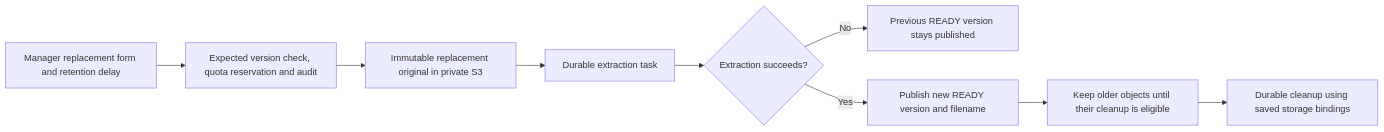
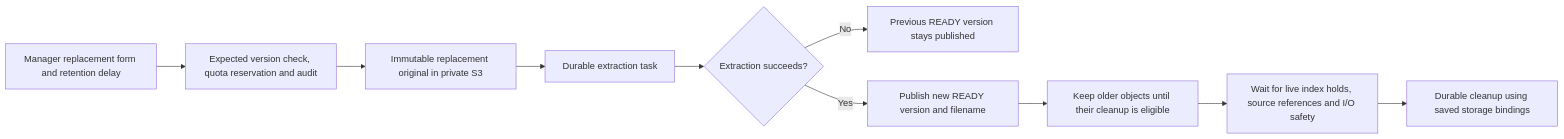
The first of 2 diagrams in docs/rag-document-lifecycle.md (SimonLoir/vectorix), drawn with Mermaid before and after one commit. The commit also changed other lines of this file and 60 other files, not shown here.

````diff
--- a/docs/rag-document-lifecycle.md
+++ b/docs/rag-document-lifecycle.md
@@ -21,11 +21,12 @@
 ```mermaid
 flowchart LR
     FORM["Manager replacement form and retention delay"] --> RESERVE["Expected version check, quota reservation and audit"]
     RESERVE --> ORIGINAL["Immutable replacement original in private S3"]
     ORIGINAL --> INGEST["Durable extraction task"]
     INGEST --> RESULT{"Extraction succeeds?"}
     RESULT -- "No" --> PREVIOUS["Previous READY version stays published"]
     RESULT -- "Yes" --> PUBLISH["Publish new READY version and filename"]
     PUBLISH --> RETAIN["Keep older objects until their cleanup is eligible"]
-    RETAIN --> CLEAN["Durable cleanup using saved storage bindings"]
+    RETAIN --> HOLDS["Wait for live index holds, source references and I/O safety"]
+    HOLDS --> CLEAN["Durable cleanup using saved storage bindings"]
 ```
````
